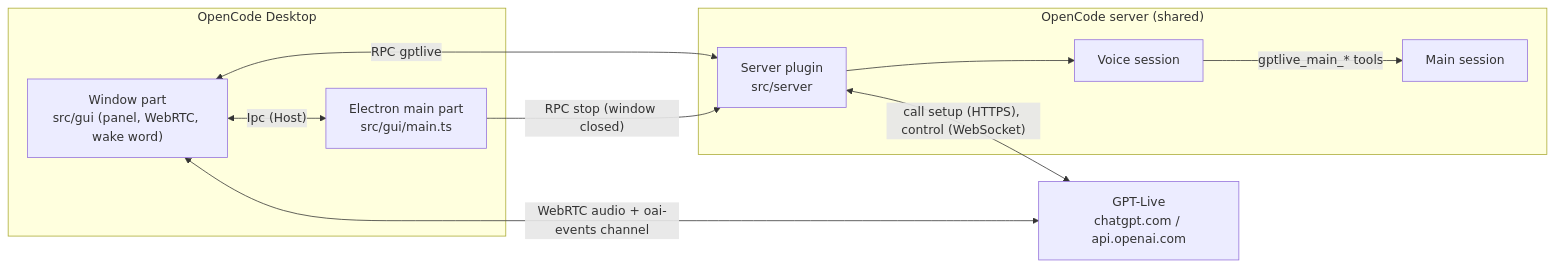
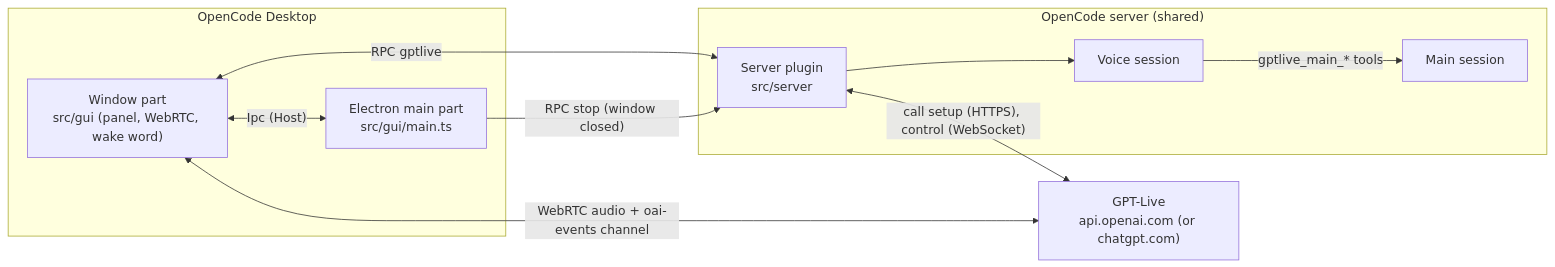
The diagram in docs/architecture.md (devagrawal09/opencode-live), drawn with Mermaid before and after one commit. The commit also changed other lines of this file and 18 other files, not shown here.

````diff
--- a/docs/architecture.md
+++ b/docs/architecture.md
@@ -10,21 +11,21 @@
 ```mermaid
 flowchart LR
   subgraph Desktop["OpenCode Desktop"]
     window["Window part<br/>src/gui (panel, WebRTC, wake word)"]
     electron["Electron main part<br/>src/gui/main.ts"]
   end
   subgraph Server["OpenCode server (shared)"]
     server["Server plugin<br/>src/server"]
     voice["Voice session"]
     main["Main session"]
   end
-  openai["GPT-Live<br/>chatgpt.com / api.openai.com"]
+  openai["GPT-Live<br/>api.openai.com (or chatgpt.com)"]
 
   window <-->|"Ipc (Host)"| electron
   window <-->|"RPC gptlive"| server
   electron -->|"RPC stop (window closed)"| server
   window <-->|"WebRTC audio + oai-events channel"| openai
   server <-->|"call setup (HTTPS), control (WebSocket)"| openai
   server --> voice
   voice -->|"gptlive_main_* tools"| main
 ```
````
